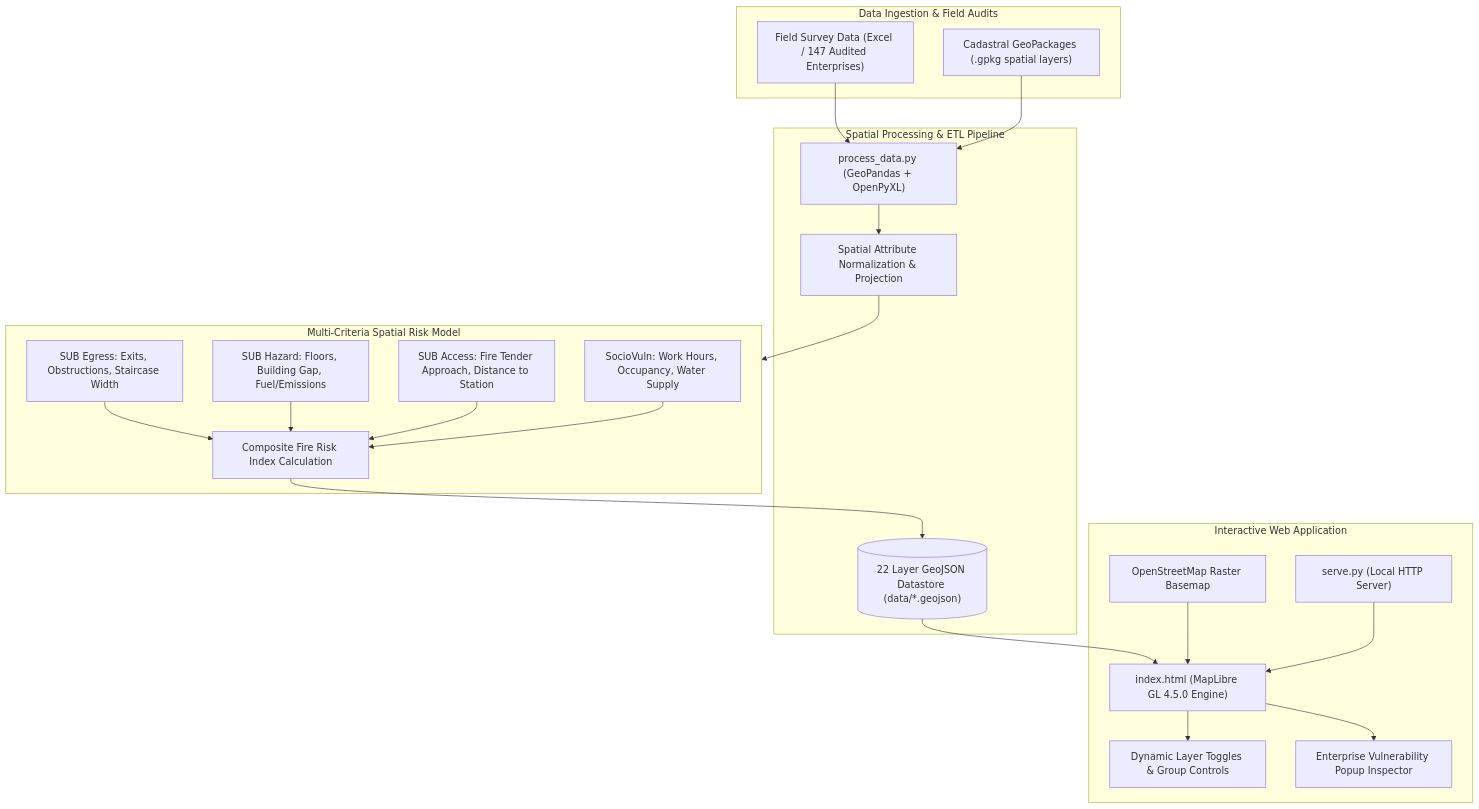
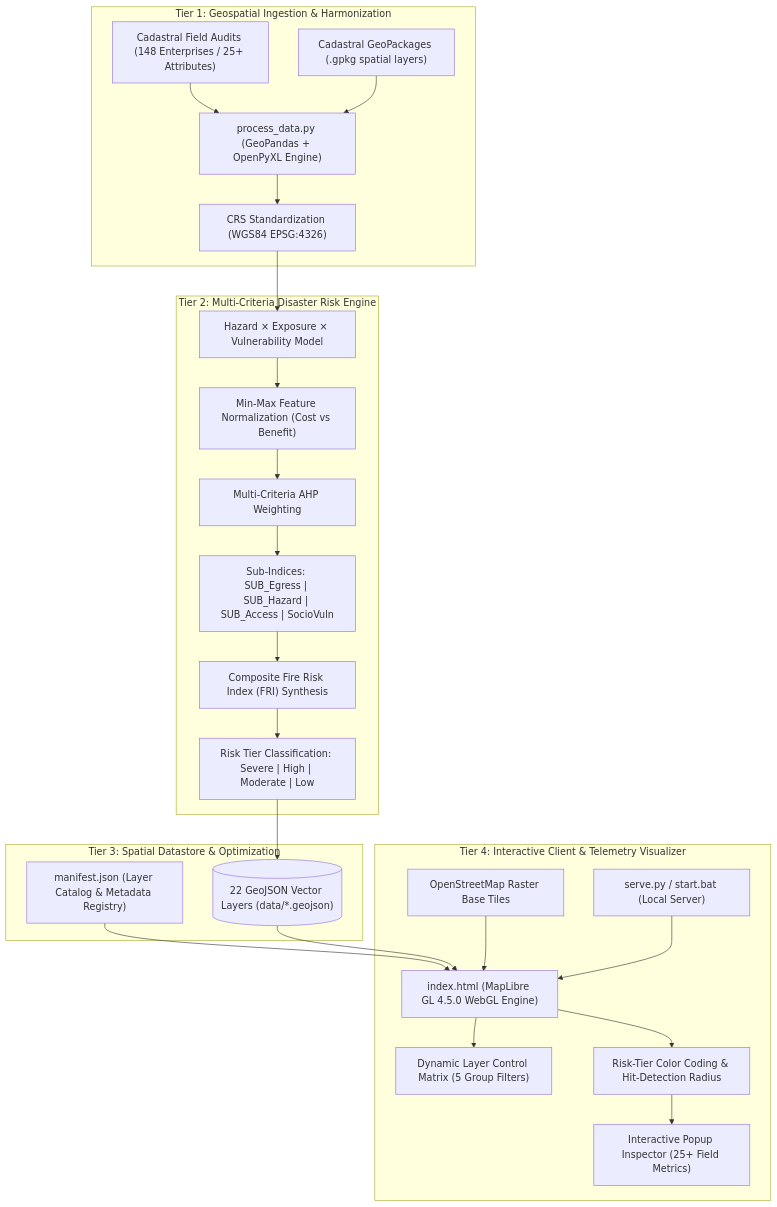
The diagram in README.md (DhruvBasia/geospatial-fire-risk-analysis), drawn with Mermaid before and after one commit. The commit also changed other lines of this file and 3 other files, not shown here.

Commit message:
docs: integrate real Web GIS screenshots, multi-tier system architecture, and empirical risk analysis tables

````diff
--- a/README.md
+++ b/README.md
@@ -54,44 +40,50 @@
 ```mermaid
 flowchart TD
-    subgraph DataIngestion ["Data Ingestion & Field Audits"]
-        Survey["Field Survey Data (Excel / 147 Audited Enterprises)"]
-        GPKG["Cadastral GeoPackages (.gpkg spatial layers)"]
+    subgraph Tier1 ["Tier 1: Geospatial Ingestion & Harmonization"]
+        FieldAudit["Cadastral Field Audits (148 Enterprises / 25+ Attributes)"]
+        SpatialGPKG["Cadastral GeoPackages (.gpkg spatial layers)"]
+        Reproject["CRS Standardization (WGS84 EPSG:4326)"]
+        PythonETL["process_data.py (GeoPandas + OpenPyXL Engine)"]
     end
 
-    subgraph ETLPipeline ["Spatial Processing & ETL Pipeline"]
-        PythonETL["process_data.py (GeoPandas + OpenPyXL)"]
-        Normalize["Spatial Attribute Normalization & Projection"]
-        GeoJSONOut[("22 Layer GeoJSON Datastore (data/*.geojson)")]
+    subgraph Tier2 ["Tier 2: Multi-Criteria Disaster Risk Engine"]
+        Decomp["Hazard × Exposure × Vulnerability Model"]
+        Norm["Min-Max Feature Normalization (Cost vs Benefit)"]
+        AHP["Multi-Criteria AHP Weighting"]
+        SubIndices["Sub-Indices: SUB_Egress | SUB_Hazard | SUB_Access | SocioVuln"]
+        CompositeFRI["Composite Fire Risk Index (FRI) Synthesis"]
+        Classifier["Risk Tier Classification: Severe | High | Moderate | Low"]
     end
 
-    subgraph RiskEngine ["Multi-Criteria Spatial Risk Model"]
-        Egress["SUB Egress: Exits, Obstructions, Staircase Width"]
-        Hazard["SUB Hazard: Floors, Building Gap, Fuel/Emissions"]
-        Access["SUB Access: Fire Tender Approach, Distance to Station"]
-        Socio["SocioVuln: Work Hours, Occupancy, Water Supply"]
-        Composite["Composite Fire Risk Index Calculation"]
+    subgraph Tier3 ["Tier 3: Spatial Datastore & Optimization"]
+        GeoJSONStore[("22 GeoJSON Vector Layers (data/*.geojson)")]
+        Manifest["manifest.json (Layer Catalog & Metadata Registry)"]
     end
 
-    subgraph WebGIS ["Interactive Web Application"]
-        Server["serve.py (Local HTTP Server)"]
-        MapLibre["index.html (MapLibre GL 4.5.0 Engine)"]
-        OSM["OpenStreetMap Raster Basemap"]
-        Controls["Dynamic Layer Toggles & Group Controls"]
-        Telemetry["Enterprise Vulnerability Popup Inspector"]
+    subgraph Tier4 ["Tier 4: Interactive Client & Telemetry Visualizer"]
+        HTTPServer["serve.py / start.bat (Local Server)"]
+        MapLibre["index.html (MapLibre GL 4.5.0 WebGL Engine)"]
+        OSMBasemap["OpenStreetMap Raster Base Tiles"]
+        LayerControls["Dynamic Layer Control Matrix (5 Group Filters)"]
+        TelemetryInspector["Interactive Popup Inspector (25+ Field Metrics)"]
+        RiskStyling["Risk-Tier Color Coding & Hit-Detection Radius"]
     end
 
-    Survey --> PythonETL
-    GPKG --> PythonETL
-    PythonETL --> Normalize
-    Normalize --> RiskEngine
-    Egress --> Composite
-    Hazard --> Composite
-    Access --> Composite
-    Socio --> Composite
-    Composite --> GeoJSONOut
-    GeoJSONOut --> MapLibre
-    OSM --> MapLibre
-    Server --> MapLibre
-    MapLibre --> Controls
-    MapLibre --> Telemetry
+    FieldAudit --> PythonETL
+    SpatialGPKG --> PythonETL
+    PythonETL --> Reproject
+    Reproject --> Decomp
+    Decomp --> Norm
+    Norm --> AHP
+    AHP --> SubIndices
+    SubIndices --> CompositeFRI
+    CompositeFRI --> Classifier
+    Classifier --> GeoJSONStore
+    Manifest --> MapLibre
+    GeoJSONStore --> MapLibre
+    OSMBasemap --> MapLibre
+    HTTPServer --> MapLibre
+    MapLibre --> LayerControls
+    MapLibre --> RiskStyling
+    RiskStyling --> TelemetryInspector
 ```
````
